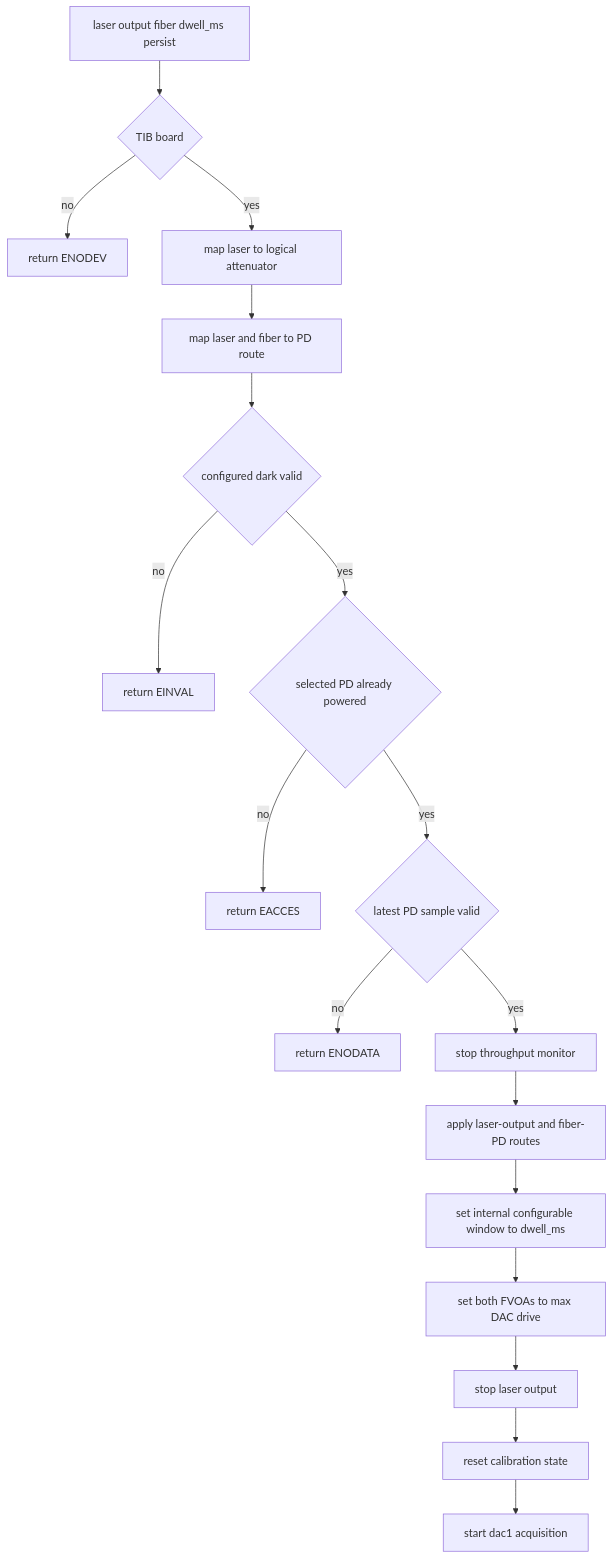
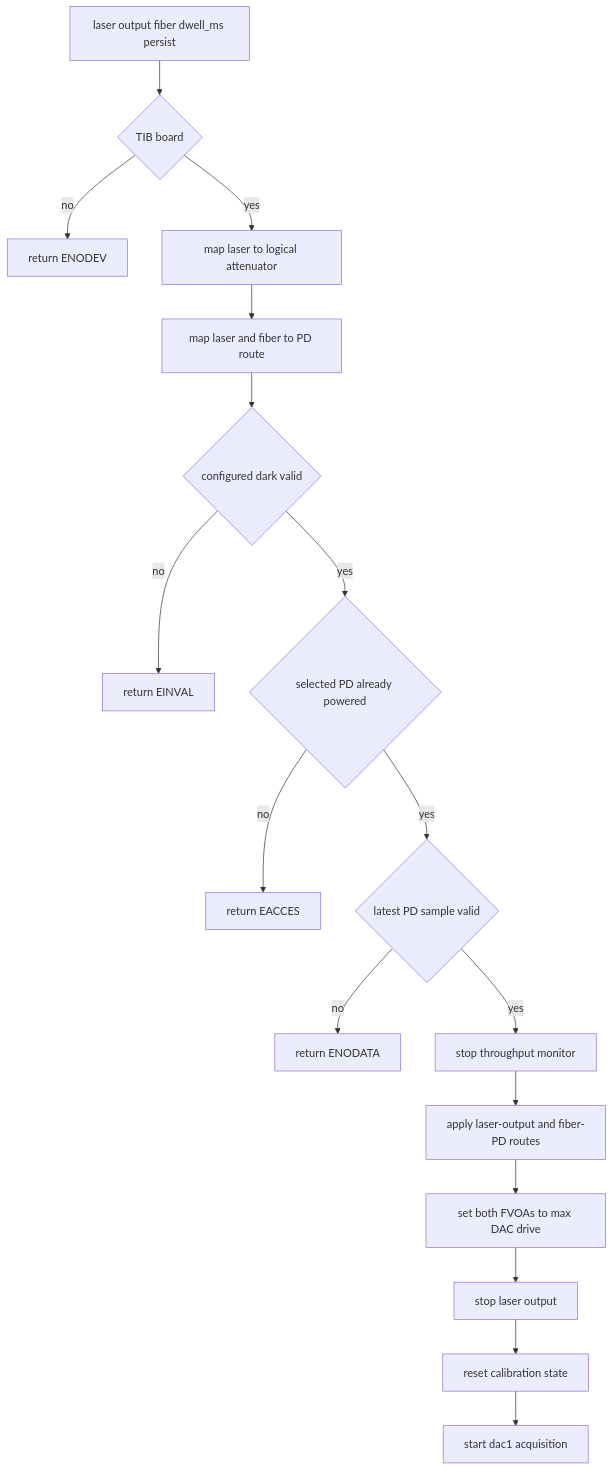
One commit to COO-Utilities/hispec-tib changed the second of 7 diagrams in doc/attenuator_calibration.md. Above: the diagram before and after it, drawn with Mermaid. The commit also changed other lines of this file and 10 other files, not shown here.

````diff
--- a/doc/attenuator_calibration.md
+++ b/doc/attenuator_calibration.md
@@ -51,20 +51,19 @@
 ```mermaid
 flowchart TD
   Request[laser output fiber dwell_ms persist] --> Board{TIB board}
   Board -- no --> ENODEV[return ENODEV]
   Board -- yes --> LaserMap[map laser to logical attenuator]
   LaserMap --> PDRoutes[map laser and fiber to PD route]
   PDRoutes --> Dark{configured dark valid}
   Dark -- no --> EINVAL[return EINVAL]
   Dark -- yes --> PDOn{selected PD already powered}
   PDOn -- no --> EACCES[return EACCES]
   PDOn -- yes --> PDValid{latest PD sample valid}
   PDValid -- no --> ENODATA[return ENODATA]
   PDValid -- yes --> StopTP[stop throughput monitor]
   StopTP --> Routes[apply laser-output and fiber-PD routes]
-  Routes --> ConfigWindow[set internal configurable window to dwell_ms]
-  ConfigWindow --> MaxAtten[set both FVOAs to max DAC drive]
+  Routes --> MaxAtten[set both FVOAs to max DAC drive]
   MaxAtten --> LaserOff[stop laser output]
   LaserOff --> Init[reset calibration state]
   Init --> First[start dac1 acquisition]
 ```
````
